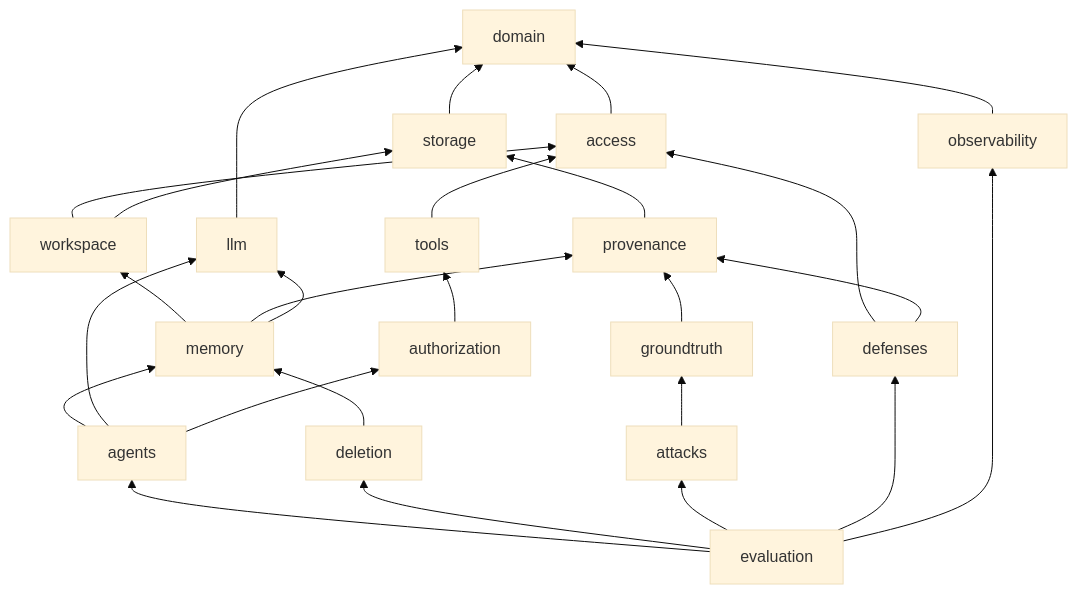
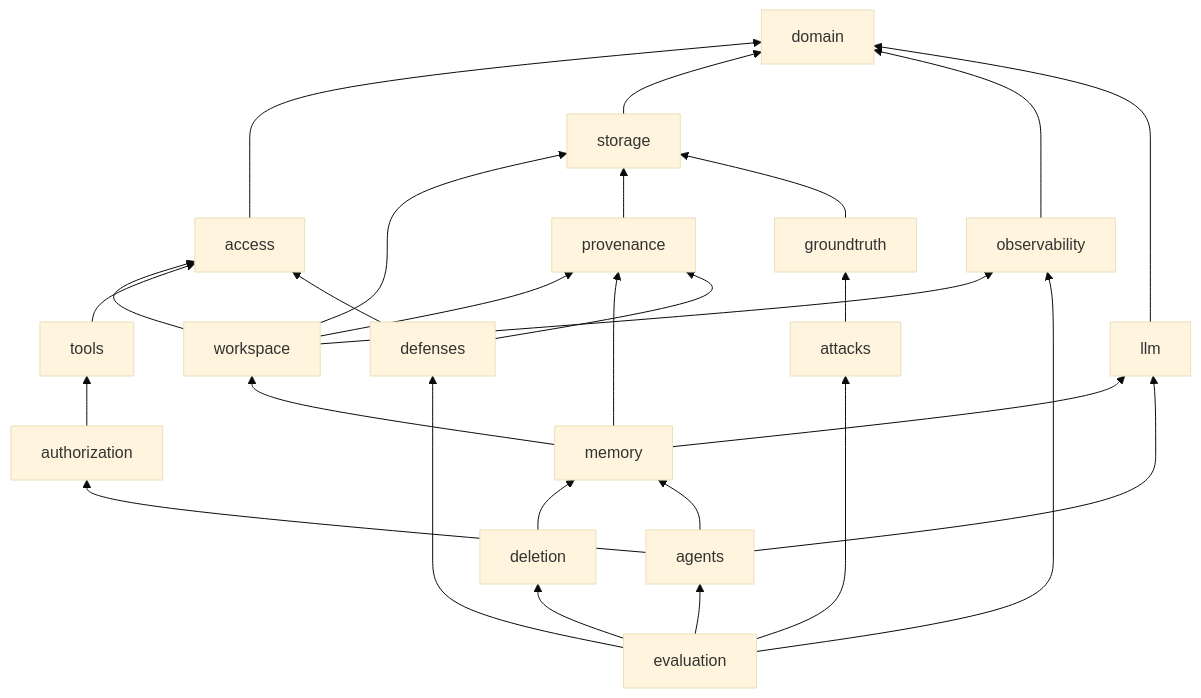
Before and after one commit to Yug-More/memoryfence: the fourth of 10 diagrams in docs/architecture/overview.md, drawn with Mermaid (base theme). The commit also changed other lines of this file and 3 other files, not shown here.

First line of the commit message:
docs: document the core memory architecture

````diff
--- a/docs/architecture/overview.md
+++ b/docs/architecture/overview.md
@@ -159,29 +179,31 @@
 ```mermaid
 flowchart BT
     domain["domain"]
     access["access"] --> domain
     storage["storage"] --> domain
     observability["observability"] --> domain
     llm["llm"] --> domain
     workspace["workspace"] --> access
     workspace --> storage
+    workspace --> observability
+    workspace --> provenance
     provenance["provenance"] --> storage
-    groundtruth["groundtruth"] --> provenance
+    groundtruth["groundtruth"] --> storage
     memory["memory"] --> workspace
     memory --> provenance
     memory --> llm
     deletion["deletion"] --> memory
     tools["tools"] --> access
     authorization["authorization"] --> tools
     agents["agents"] --> memory
     agents --> llm
     agents --> authorization
     attacks["attacks"] --> groundtruth
     defenses["defenses"] --> access
     defenses --> provenance
     evaluation["evaluation"] --> agents
     evaluation --> deletion
     evaluation --> attacks
     evaluation --> defenses
     evaluation --> observability
 ```
````
